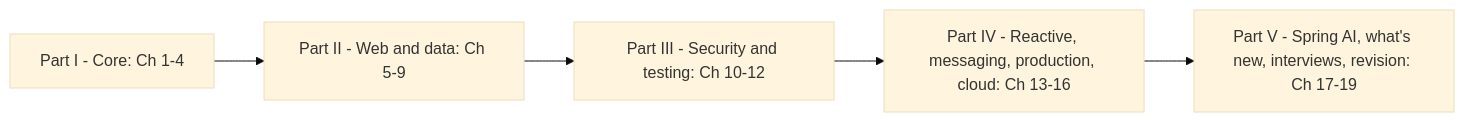
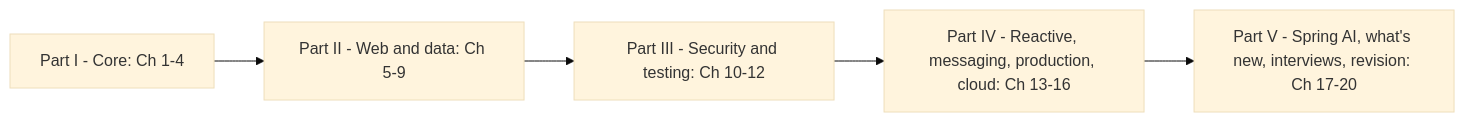
Before and after one commit to vsns11/interview_notes: the diagram in spring/README.md, drawn with Mermaid (base theme). The commit also changed other lines of this file and 3 other files, not shown here.

````diff
--- a/spring/README.md
+++ b/spring/README.md
@@ -45,7 +46,7 @@
 ```mermaid
 flowchart LR
     A["Part I - Core: Ch 1-4"] --> B["Part II - Web and data: Ch 5-9"]
     B --> C["Part III - Security and testing: Ch 10-12"]
     C --> D["Part IV - Reactive, messaging, production, cloud: Ch 13-16"]
-    D --> E["Part V - Spring AI, what's new, interviews, revision: Ch 17-19"]
+    D --> E["Part V - Spring AI, what's new, interviews, revision: Ch 17-20"]
 ```
````
